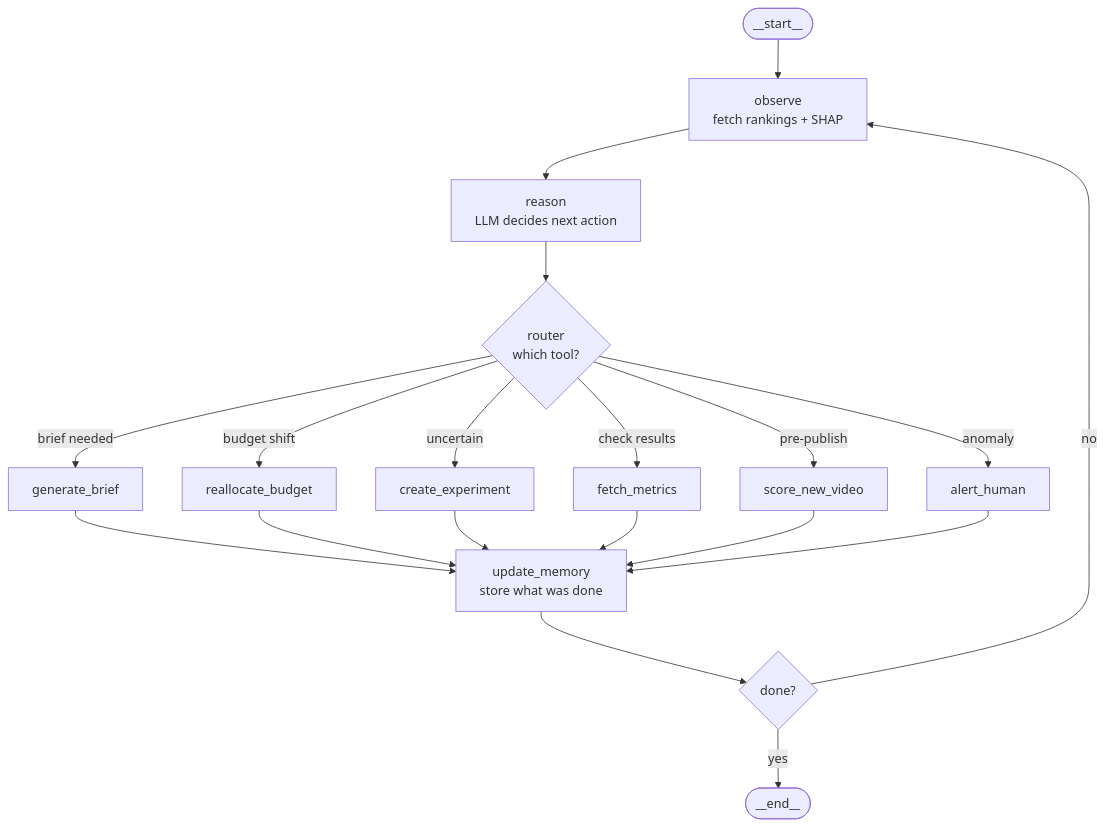
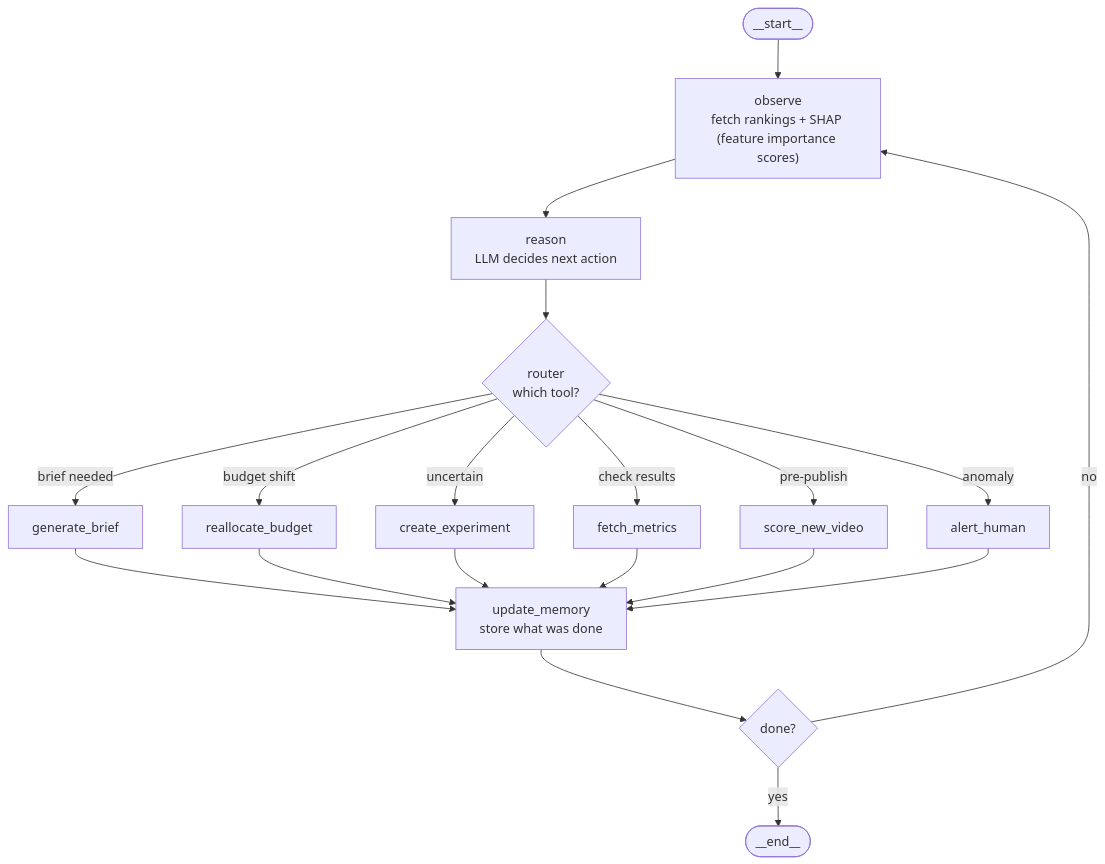
Before and after one commit to aravindgopan-dev/Performance-Prediction-System-: the diagram in agent.md, drawn with Mermaid. The commit also changed other lines of this file, not shown here.

````diff
--- a/agent.md
+++ b/agent.md
@@ -30,19 +20,19 @@
 ```mermaid
 flowchart TD
-    S(["__start__"]) --> observe["observe\nfetch rankings + SHAP"]
+    S(["__start__"]) --> observe["observe\nfetch rankings + SHAP (feature importance scores)"]
     observe --> reason["reason\nLLM decides next action"]
     reason --> router{"router\nwhich tool?"}
 
     router -->|"brief needed"| generate_brief["generate_brief"]
     router -->|"budget shift"| reallocate_budget["reallocate_budget"]
     router -->|"uncertain"| create_experiment["create_experiment"]
     router -->|"check results"| fetch_metrics["fetch_metrics"]
     router -->|"pre-publish"| score_new_video["score_new_video"]
     router -->|"anomaly"| alert_human["alert_human"]
 
     generate_brief & reallocate_budget & create_experiment & fetch_metrics & score_new_video & alert_human --> update_memory["update_memory\nstore what was done"]
 
     update_memory --> should_continue{"done?"}
     should_continue -->|"no"| observe
     should_continue -->|"yes"| E(["__end__"])
 ```
````
